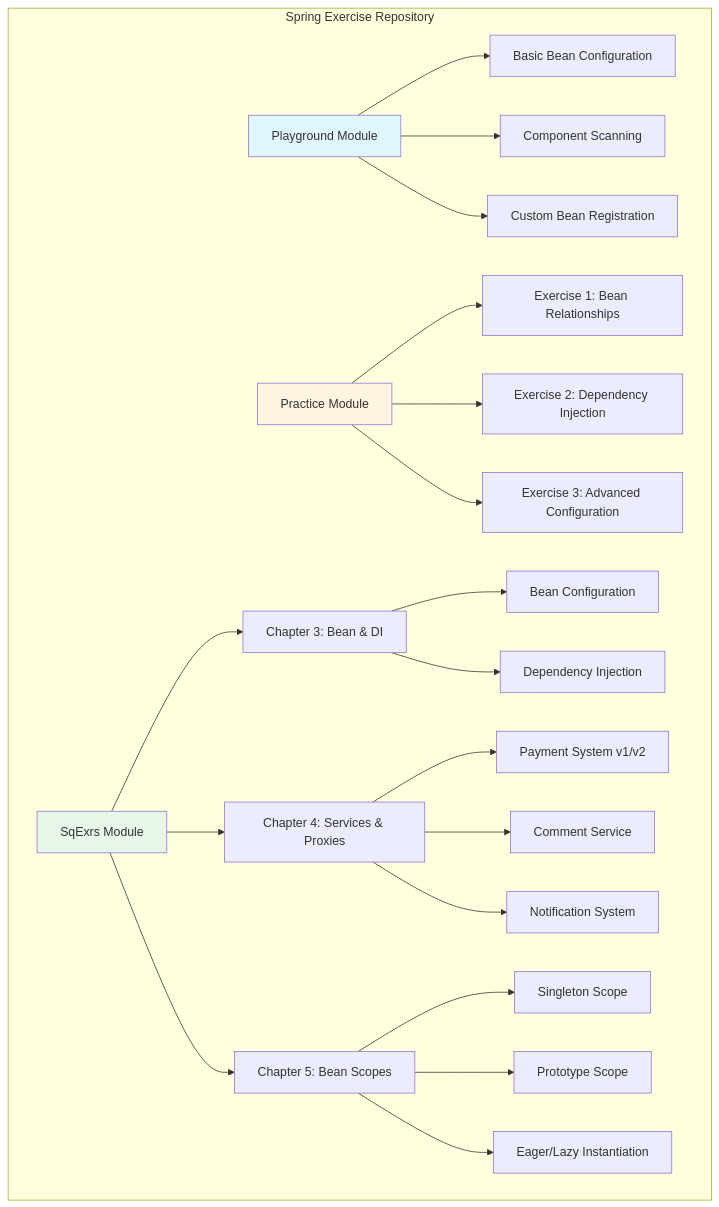
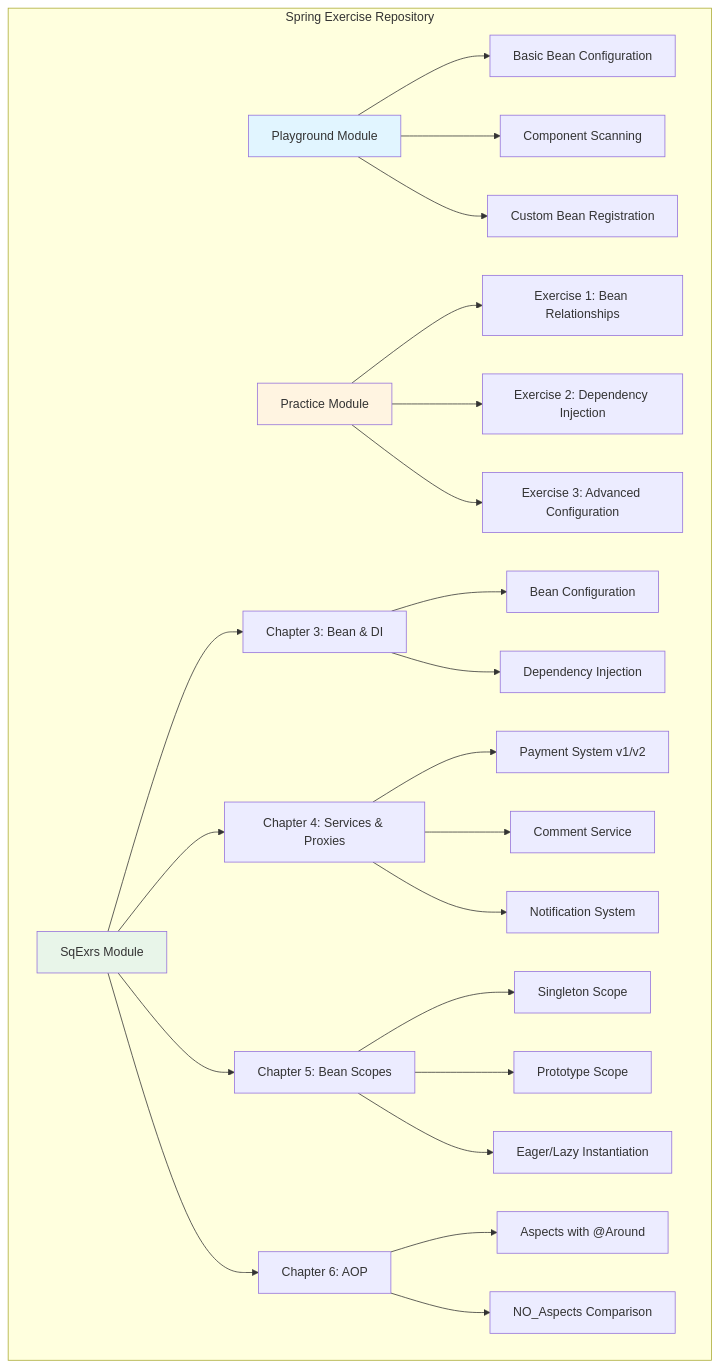
The first of 3 diagrams in README.md (UsmanovMahmudkhan/spring-start-here), drawn with Mermaid before and after one commit. The commit also changed other lines of this file, not shown here.

Commit message:
Docs: Update README.md with Chapter 6 (AOP) documentation

````diff
--- a/README.md
+++ b/README.md
@@ -69,31 +70,35 @@
 ```mermaid
 graph TB
     subgraph "Spring Exercise Repository"
         A[Playground Module] --> B[Basic Bean Configuration]
         A --> C[Component Scanning]
         A --> D[Custom Bean Registration]
         
         E[Practice Module] --> F[Exercise 1: Bean Relationships]
         E --> G[Exercise 2: Dependency Injection]
         E --> H[Exercise 3: Advanced Configuration]
         
         I[SqExrs Module] --> J[Chapter 3: Bean & DI]
         I --> K[Chapter 4: Services & Proxies]
         I --> L[Chapter 5: Bean Scopes]
+        I --> M[Chapter 6: AOP]
         
         J --> J1[Bean Configuration]
         J --> J2[Dependency Injection]
         
         K --> K1[Payment System v1/v2]
         K --> K2[Comment Service]
         K --> K3[Notification System]
         
         L --> L1[Singleton Scope]
         L --> L2[Prototype Scope]
         L --> L3[Eager/Lazy Instantiation]
+        
+        M --> M1[Aspects with @Around]
+        M --> M2[NO_Aspects Comparison]
     end
     
     style A fill:#e1f5ff
     style E fill:#fff4e1
     style I fill:#e8f5e9
 ```
````
